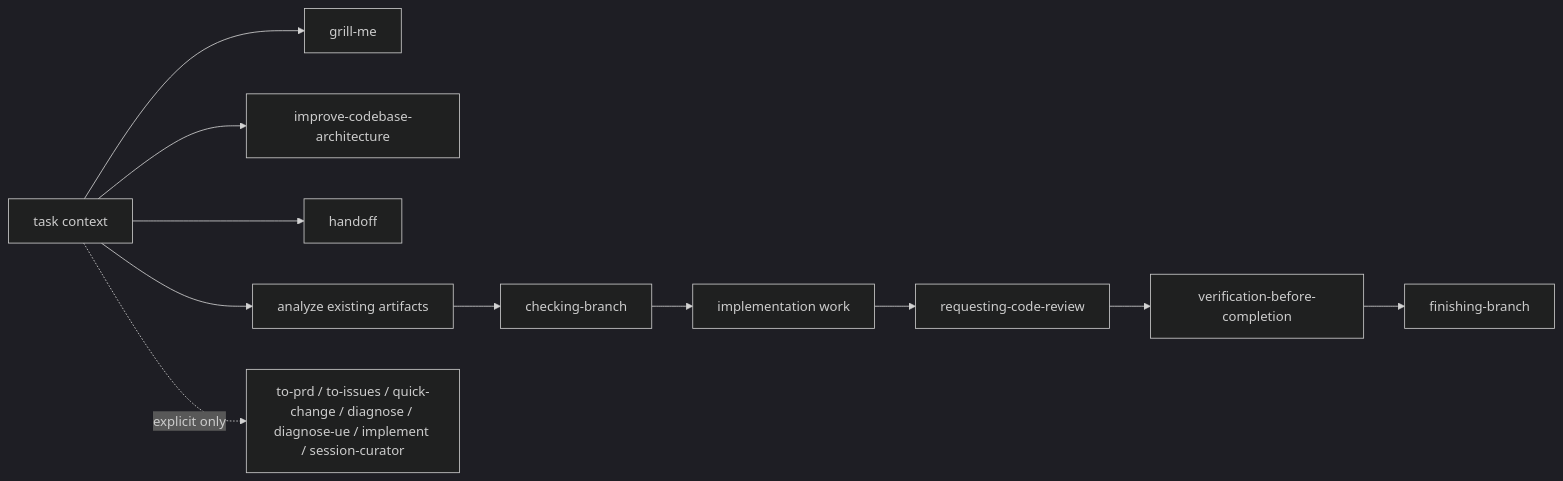
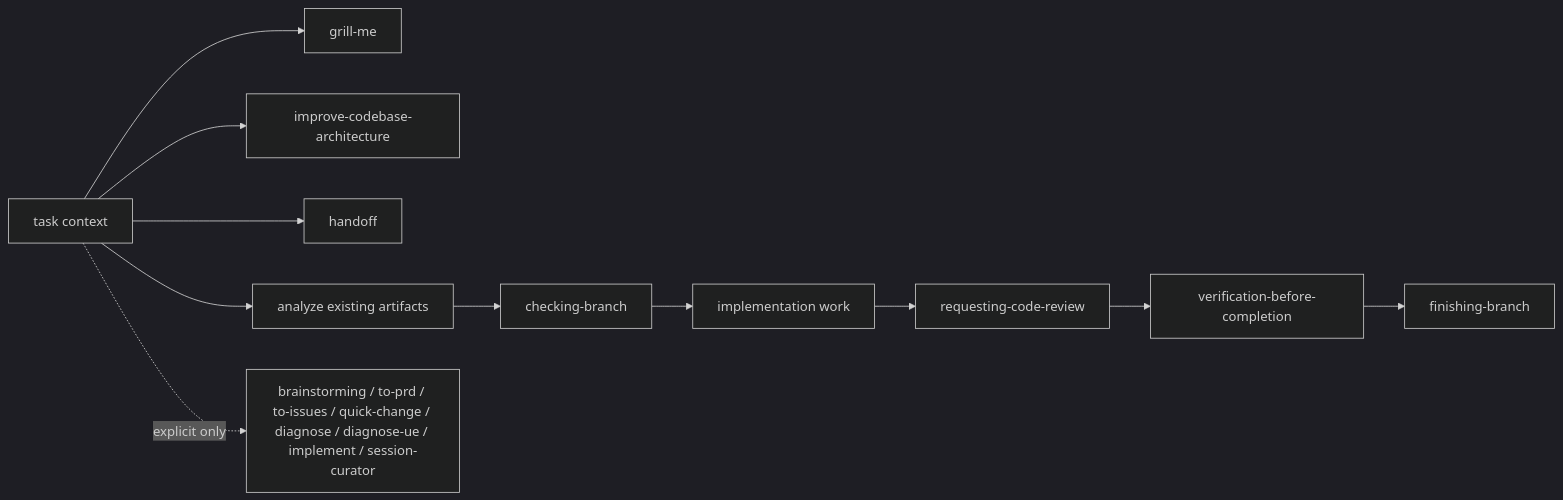
Before and after one commit to fjxyyzg3/Skills: the diagram in README.md, drawn with Mermaid (dark theme). The commit also changed other lines of this file and 10 other files, not shown here.

````diff
--- a/README.md
+++ b/README.md
@@ -7,13 +7,13 @@
 ```mermaid
 flowchart LR
   Start["task context"] --> Grill["grill-me"]
   Start --> Architecture["improve-codebase-architecture"]
   Start --> Handoff["handoff"]
   Start --> Analyze["analyze existing artifacts"]
   Analyze --> Branch["checking-branch"]
   Branch --> Work["implementation work"]
   Work --> Review["requesting-code-review"]
   Review --> Verify["verification-before-completion"]
   Verify --> Finish["finishing-branch"]
-  Start -. "explicit only" .-> Manual["to-prd / to-issues / quick-change / diagnose / diagnose-ue / implement / session-curator"]
+  Start -. "explicit only" .-> Manual["brainstorming / to-prd / to-issues / quick-change / diagnose / diagnose-ue / implement / session-curator"]
 ```
````
